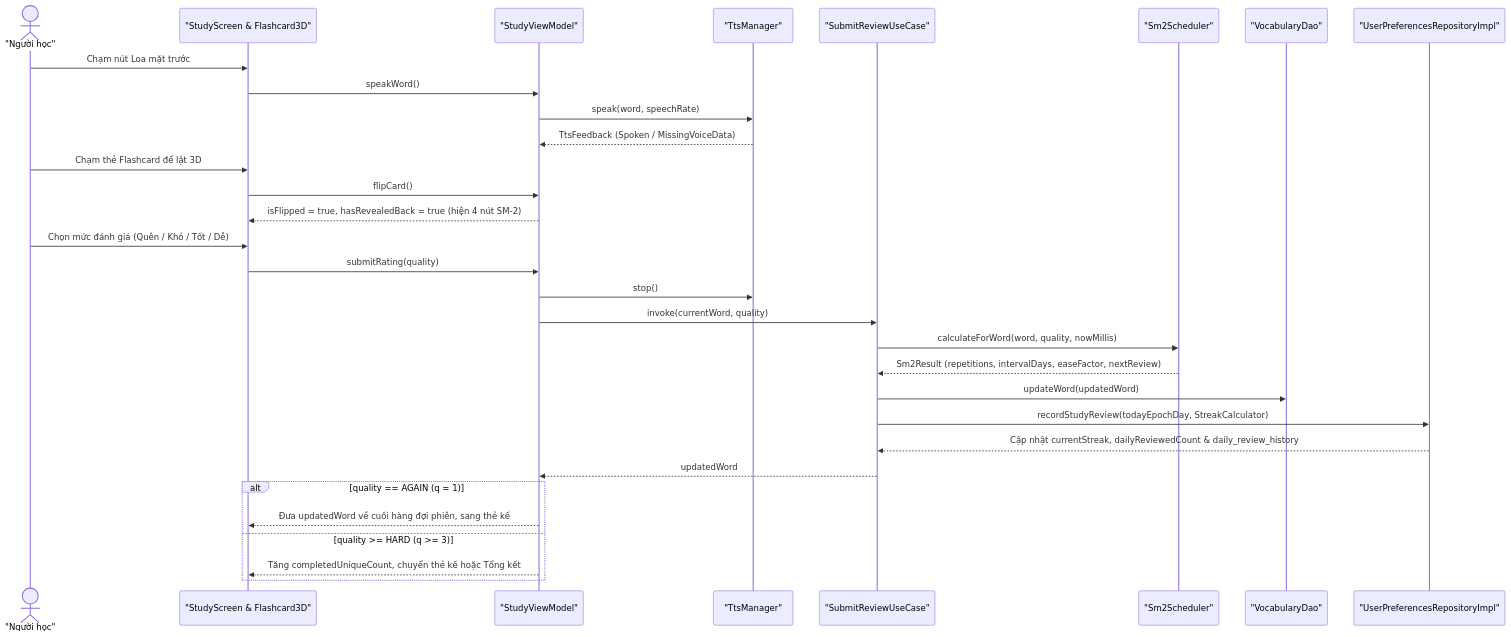
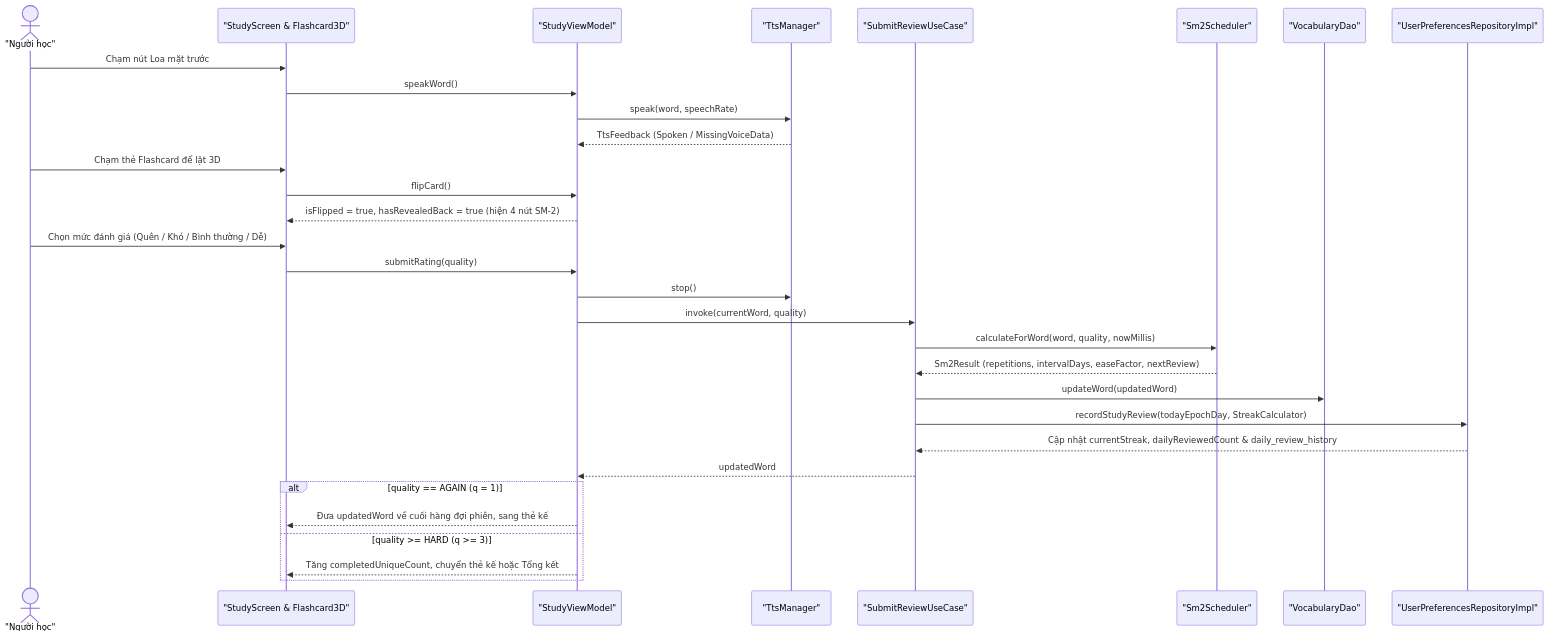
The fifth of 11 diagrams in PROJECT_REPORT.md (NgocTanHoang/Toeic_Flashcard_Android), drawn with Mermaid before and after one commit. The commit also changed other lines of this file and 58 other files, not shown here.

````diff
--- a/PROJECT_REPORT.md
+++ b/PROJECT_REPORT.md
@@ -334,36 +334,36 @@
 ```mermaid
 sequenceDiagram
     actor User as "Người học"
     participant Screen as "StudyScreen & Flashcard3D"
     participant SVM as "StudyViewModel"
     participant TTS as "TtsManager"
     participant UseCase as "SubmitReviewUseCase"
     participant SM2 as "Sm2Scheduler"
     participant DAO as "VocabularyDao"
     participant Prefs as "UserPreferencesRepositoryImpl"
 
     User->>Screen: Chạm nút Loa mặt trước
     Screen->>SVM: speakWord()
     SVM->>TTS: speak(word, speechRate)
     TTS-->>SVM: TtsFeedback (Spoken / MissingVoiceData)
 
     User->>Screen: Chạm thẻ Flashcard để lật 3D
     Screen->>SVM: flipCard()
     SVM-->>Screen: isFlipped = true, hasRevealedBack = true (hiện 4 nút SM-2)
 
-    User->>Screen: Chọn mức đánh giá (Quên / Khó / Tốt / Dễ)
+    User->>Screen: Chọn mức đánh giá (Quên / Khó / Bình thường / Dễ)
     Screen->>SVM: submitRating(quality)
     SVM->>TTS: stop()
     SVM->>UseCase: invoke(currentWord, quality)
     UseCase->>SM2: calculateForWord(word, quality, nowMillis)
     SM2-->>UseCase: Sm2Result (repetitions, intervalDays, easeFactor, nextReview)
     UseCase->>DAO: updateWord(updatedWord)
     UseCase->>Prefs: recordStudyReview(todayEpochDay, StreakCalculator)
     Prefs-->>UseCase: Cập nhật currentStreak, dailyReviewedCount & daily_review_history
     UseCase-->>SVM: updatedWord
     alt quality == AGAIN (q = 1)
         SVM-->>Screen: Đưa updatedWord về cuối hàng đợi phiên, sang thẻ kế
     else quality >= HARD (q >= 3)
         SVM-->>Screen: Tăng completedUniqueCount, chuyển thẻ kế hoặc Tổng kết
     end
 ```
````
